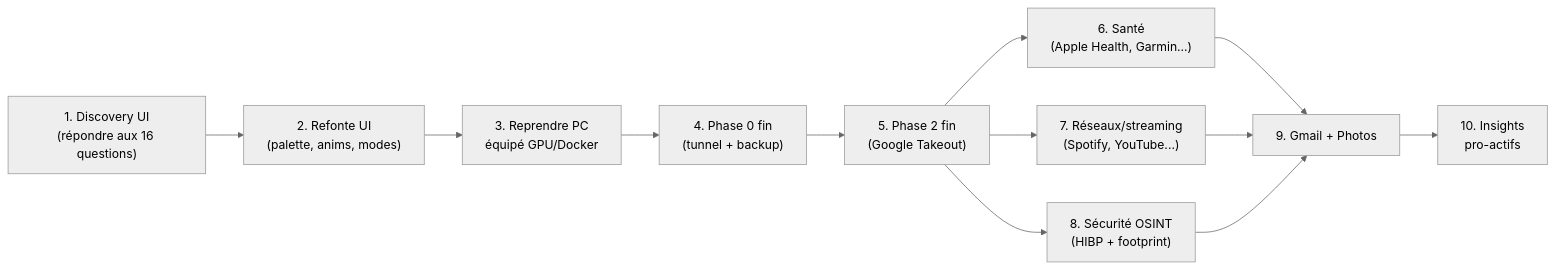
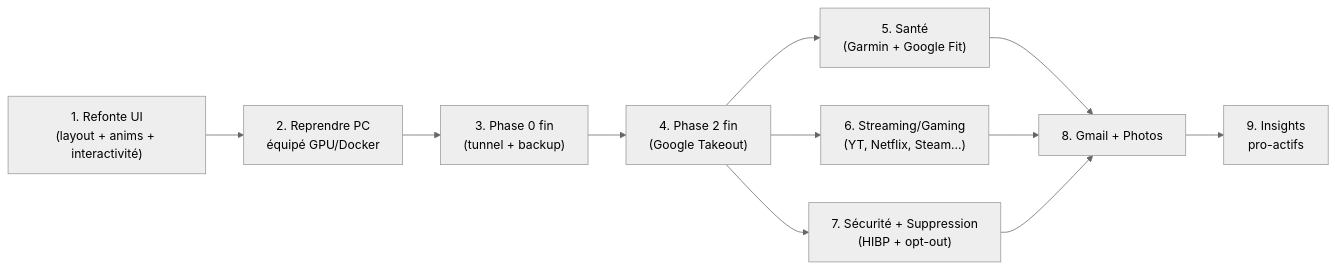
The diagram in sessions/SUITE.md (MoKarade/hub-docs), drawn with Mermaid (neutral theme) before and after one commit. The commit also changed other lines of this file and 2 other files, not shown here.

First line of the commit message:
docs: session #3 — réponses discovery verrouillées + roadmap mise à jour

````diff
--- a/sessions/SUITE.md
+++ b/sessions/SUITE.md
@@ -9,22 +11,21 @@
 ```mermaid
 flowchart LR
-  Discovery["1. Discovery UI<br/>(répondre aux 16 questions)"]
-  UIRefonte["2. Refonte UI<br/>(palette, anims, modes)"]
-  Reprise["3. Reprendre PC<br/>équipé GPU/Docker"]
-  Phase0fin["4. Phase 0 fin<br/>(tunnel + backup)"]
-  Phase2fin["5. Phase 2 fin<br/>(Google Takeout)"]
-  PhaseSante["6. Santé<br/>(Apple Health, Garmin...)"]
-  PhaseSocial["7. Réseaux/streaming<br/>(Spotify, YouTube...)"]
-  PhaseSecu["8. Sécurité OSINT<br/>(HIBP + footprint)"]
-  Phase3["9. Gmail + Photos"]
-  Phase4["10. Insights<br/>pro-actifs"]
+  UIRefonte["1. Refonte UI\n(layout + anims + interactivité)"]
+  Reprise["2. Reprendre PC\néquipé GPU/Docker"]
+  Phase0fin["3. Phase 0 fin\n(tunnel + backup)"]
+  Phase2fin["4. Phase 2 fin\n(Google Takeout)"]
+  PhaseSante["5. Santé\n(Garmin + Google Fit)"]
+  PhaseStream["6. Streaming/Gaming\n(YT, Netflix, Steam...)"]
+  PhaseSecu["7. Sécurité + Suppression\n(HIBP + opt-out)"]
+  Phase3["8. Gmail + Photos"]
+  Phase4["9. Insights\npro-actifs"]
 
-  Discovery --> UIRefonte --> Reprise --> Phase0fin --> Phase2fin
+  UIRefonte --> Reprise --> Phase0fin --> Phase2fin
   Phase2fin --> PhaseSante
-  Phase2fin --> PhaseSocial
+  Phase2fin --> PhaseStream
   Phase2fin --> PhaseSecu
   PhaseSante --> Phase3
-  PhaseSocial --> Phase3
+  PhaseStream --> Phase3
   PhaseSecu --> Phase3
   Phase3 --> Phase4
 ```
````
